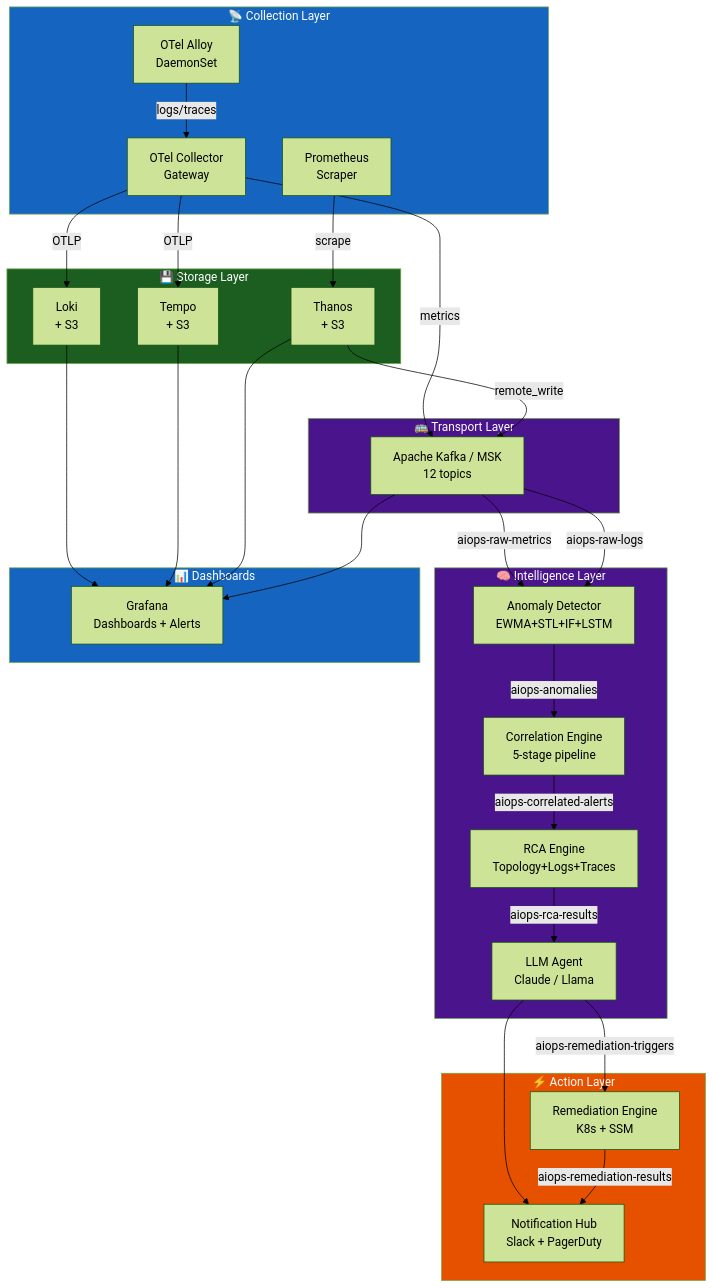
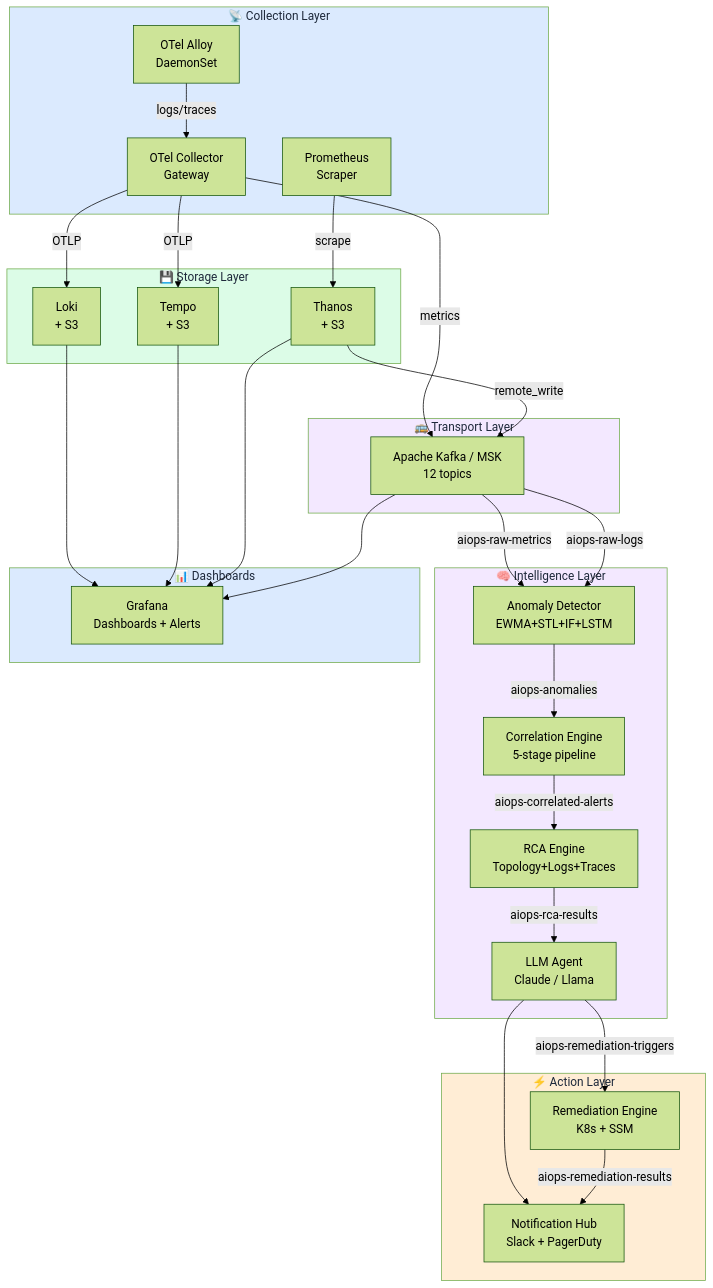
The diagram in docs/en/13-production/README.md (XUanhoa04/aiops-engineering-handbook), drawn with Mermaid (forest theme) before and after one commit. The commit also changed other lines of this file and 39 other files, not shown here.

First line of the commit message:
docs: concept-first Ch.08-12, collapse code, soft Mermaid colors

````diff
--- a/docs/en/13-production/README.md
+++ b/docs/en/13-production/README.md
@@ -70,62 +89,62 @@
 ```mermaid
 graph TD
     subgraph Collection["📡 Collection Layer"]
         OA[OTel Alloy\nDaemonSet]
         OG[OTel Collector\nGateway]
         PROM[Prometheus\nScraper]
     end
 
     subgraph Transport["🚌 Transport Layer"]
         KAFKA[Apache Kafka / MSK\n12 topics]
     end
 
     subgraph Storage["💾 Storage Layer"]
         LOKI[Loki\n+ S3]
         TEMPO[Tempo\n+ S3]
         THANOS[Thanos\n+ S3]
     end
 
     subgraph Intelligence["🧠 Intelligence Layer"]
         AD[Anomaly Detector\nEWMA+STL+IF+LSTM]
         CE[Correlation Engine\n5-stage pipeline]
         RCA[RCA Engine\nTopology+Logs+Traces]
         LLM[LLM Agent\nClaude / Llama]
     end
 
     subgraph Action["⚡ Action Layer"]
         REM[Remediation Engine\nK8s + SSM]
         NOTIF[Notification Hub\nSlack + PagerDuty]
     end
 
     subgraph Dashboards["📊 Dashboards"]
         GRAFANA[Grafana\nDashboards + Alerts]
     end
 
     OA -->|logs/traces| OG
     OG -->|OTLP| LOKI
     OG -->|OTLP| TEMPO
     OG -->|metrics| KAFKA
     PROM -->|scrape| THANOS
     THANOS -->|remote_write| KAFKA
 
     KAFKA -->|aiops-raw-metrics| AD
     KAFKA -->|aiops-raw-logs| AD
     AD -->|aiops-anomalies| CE
     CE -->|aiops-correlated-alerts| RCA
     RCA -->|aiops-rca-results| LLM
     LLM -->|aiops-remediation-triggers| REM
     LLM --> NOTIF
     REM -->|aiops-remediation-results| NOTIF
 
     LOKI --> GRAFANA
     TEMPO --> GRAFANA
     THANOS --> GRAFANA
     KAFKA --> GRAFANA
 
-    style Collection fill:#1565c0,color:#fff
-    style Transport fill:#4a148c,color:#fff
-    style Storage fill:#1b5e20,color:#fff
-    style Intelligence fill:#4a148c,color:#fff
-    style Action fill:#e65100,color:#fff
-    style Dashboards fill:#1565c0,color:#fff
+    style Collection fill:#dbeafe,color:#1e293b
+    style Transport fill:#f3e8ff,color:#1e293b
+    style Storage fill:#dcfce7,color:#1e293b
+    style Intelligence fill:#f3e8ff,color:#1e293b
+    style Action fill:#ffedd5,color:#1e293b
+    style Dashboards fill:#dbeafe,color:#1e293b
 ```
````
